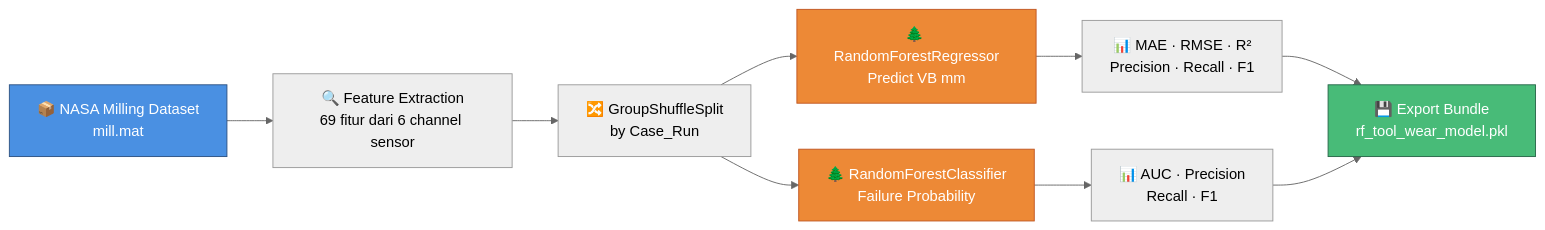
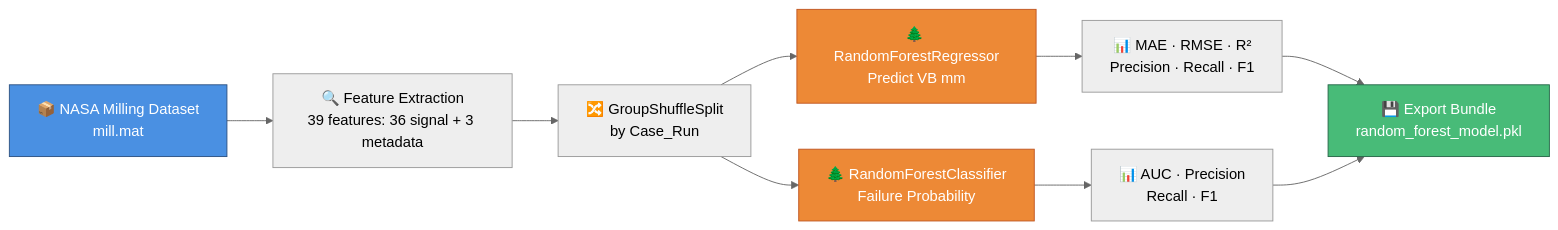
The first of 3 diagrams in README.md (maliks1/predictive-maintenance-pipeline), drawn with Mermaid (neutral theme) before and after one commit. The commit also changed other lines of this file and 10 other files, not shown here.

First line of the commit message:
Refactor alert system to send HTML email alerts for tool wear status

````diff
--- a/README.md
+++ b/README.md
@@ -45,18 +45,18 @@
 ```mermaid
 flowchart LR
-    A[📦 NASA Milling Dataset<br/>mill.mat] --> B[🔍 Feature Extraction<br/>69 fitur dari 6 channel sensor]
+    A[📦 NASA Milling Dataset<br/>mill.mat] --> B[🔍 Feature Extraction<br/>39 features: 36 signal + 3 metadata]
     B --> C[🔀 GroupShuffleSplit<br/>by Case_Run]
     C --> D1[🌲 RandomForestRegressor<br/>Predict VB mm]
     C --> D2[🌲 RandomForestClassifier<br/>Failure Probability]
-    
+
     D1 --> E1[📊 MAE · RMSE · R²<br/>Precision · Recall · F1]
     D2 --> E2[📊 AUC · Precision<br/>Recall · F1]
-    
-    E1 --> F[💾 Export Bundle<br/>rf_tool_wear_model.pkl]
+
+    E1 --> F[💾 Export Bundle<br/>random_forest_model.pkl]
     E2 --> F
     
     style A fill:#4a90e2,stroke:#2c5282,color:#fff
     style F fill:#48bb78,stroke:#276749,color:#fff
     style D1 fill:#ed8936,stroke:#c05621,color:#fff
     style D2 fill:#ed8936,stroke:#c05621,color:#fff
 ```
````
